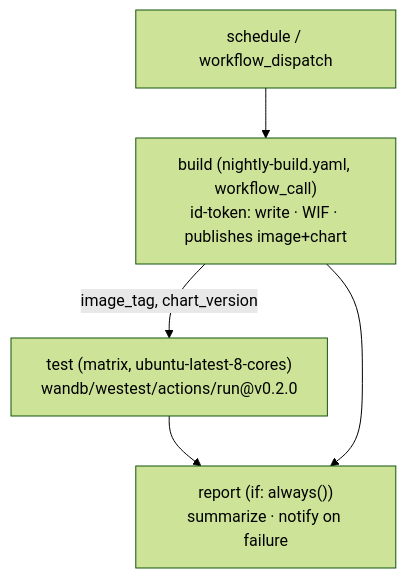
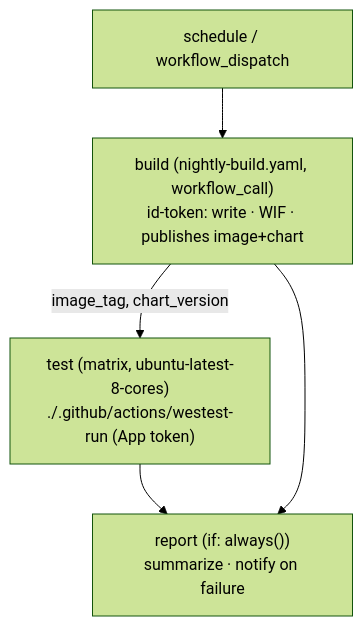
Before and after one commit to wandb/operator: the second of 2 diagrams in docs/nightly-westest-testing.md, drawn with Mermaid (forest theme). The commit also changed other lines of this file and 2 other files, not shown here.

First line of the commit message:
ci: Reimplement the westest run action locally

````diff
--- a/docs/nightly-westest-testing.md
+++ b/docs/nightly-westest-testing.md
@@ -104,8 +105,8 @@
 ```mermaid
 flowchart TD
   cron["schedule / workflow_dispatch"] --> build
   build["build (nightly-build.yaml, workflow_call)<br/>id-token: write · WIF · publishes image+chart"] -->|image_tag, chart_version| test
-  test["test (matrix, ubuntu-latest-8-cores)<br/>wandb/westest/actions/run@v0.2.0"] --> report
+  test["test (matrix, ubuntu-latest-8-cores)<br/>./.github/actions/westest-run (App token)"] --> report
   build --> report
   report["report (if: always())<br/>summarize · notify on failure"]
 ```
````
